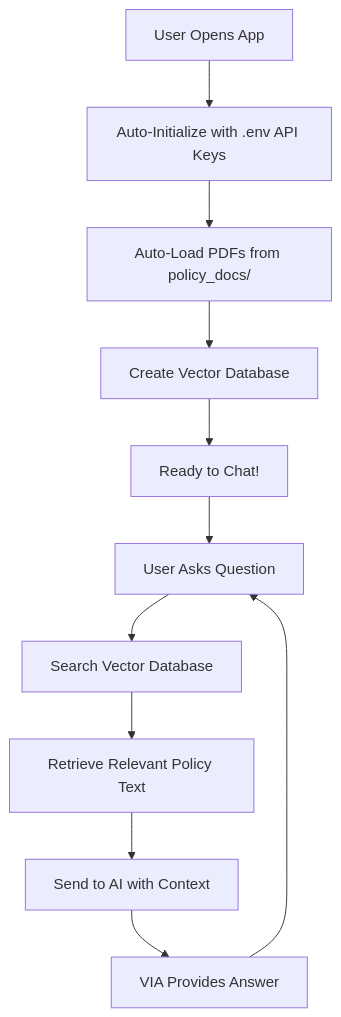
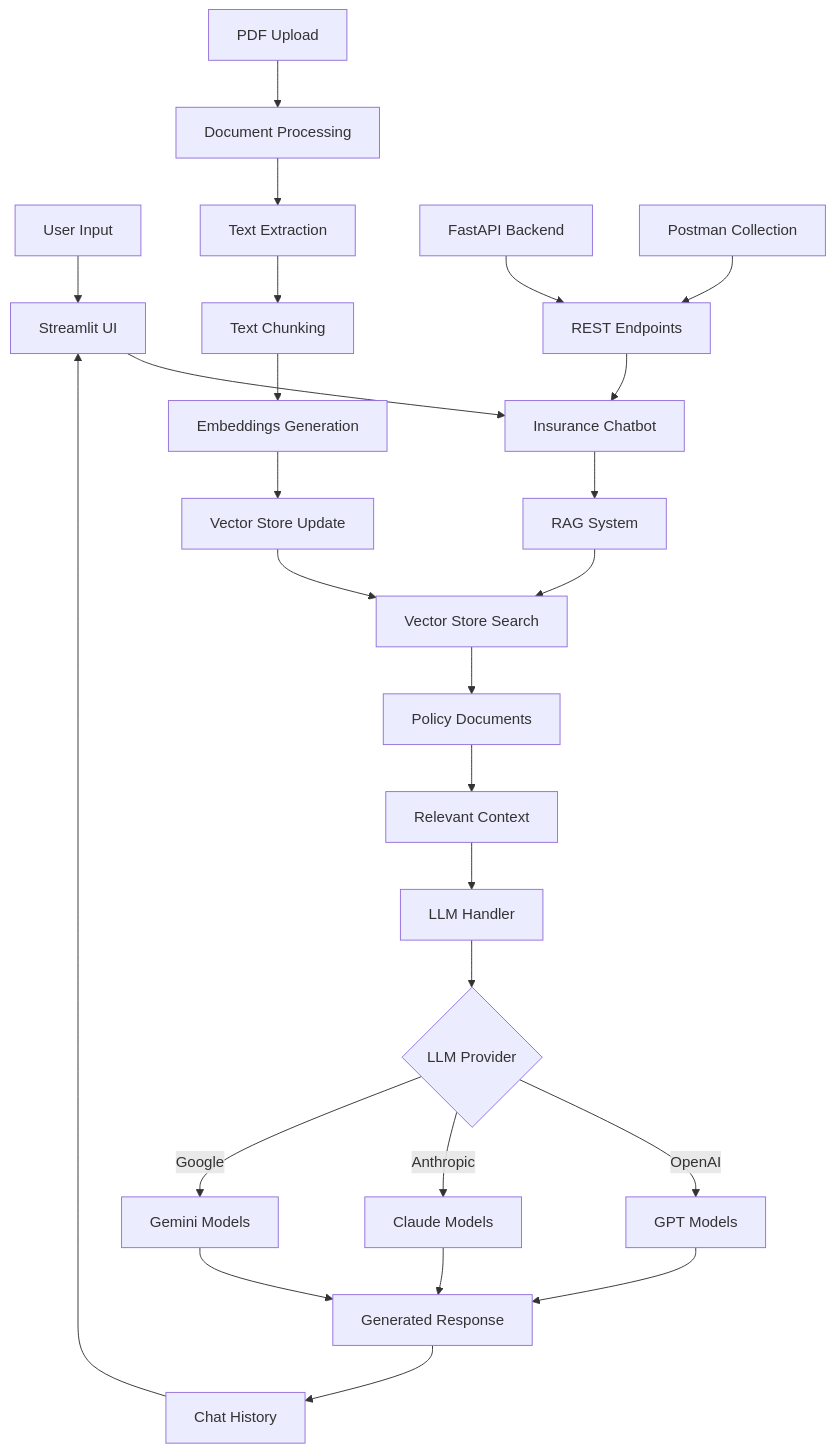
The diagram in README.md (shirsneh/Insurance_chatbot), drawn with Mermaid before and after one commit. The commit also changed other lines of this file and 29 other files, not shown here.

Commit message:
Fixed input clearing after prompt sending + added sending with enter option + added chat saving to history and ability to return to previous chats saved

````diff
--- a/README.md
+++ b/README.md
@@ -28,13 +50,30 @@
 ```mermaid
 graph TD
-    A[User Opens App] --> B[Auto-Initialize with .env API Keys]
-    B --> C[Auto-Load PDFs from policy_docs/]
-    C --> D[Create Vector Database]
-    D --> E[Ready to Chat!]
-    E --> F[User Asks Question]
-    F --> G[Search Vector Database]
-    G --> H[Retrieve Relevant Policy Text]
-    H --> I[Send to AI with Context]
-    I --> J[VIA Provides Answer]
-    J --> F
+    A[User Input] --> B[Streamlit UI]
+    B --> C[Insurance Chatbot]
+    C --> D[RAG System]
+    D --> E[Vector Store Search]
+    E --> F[Policy Documents]
+    F --> G[Relevant Context]
+    G --> H[LLM Handler]
+    H --> I{LLM Provider}
+    I -->|OpenAI| J[GPT Models]
+    I -->|Anthropic| K[Claude Models]
+    I -->|Google| L[Gemini Models]
+    J --> M[Generated Response]
+    K --> M
+    L --> M
+    M --> N[Chat History]
+    N --> B
+    
+    O[PDF Upload] --> P[Document Processing]
+    P --> Q[Text Extraction]
+    Q --> R[Text Chunking]
+    R --> S[Embeddings Generation]
+    S --> T[Vector Store Update]
+    T --> E
+    
+    U[FastAPI Backend] --> V[REST Endpoints]
+    V --> C
+    W[Postman Collection] --> V
 ```
````
